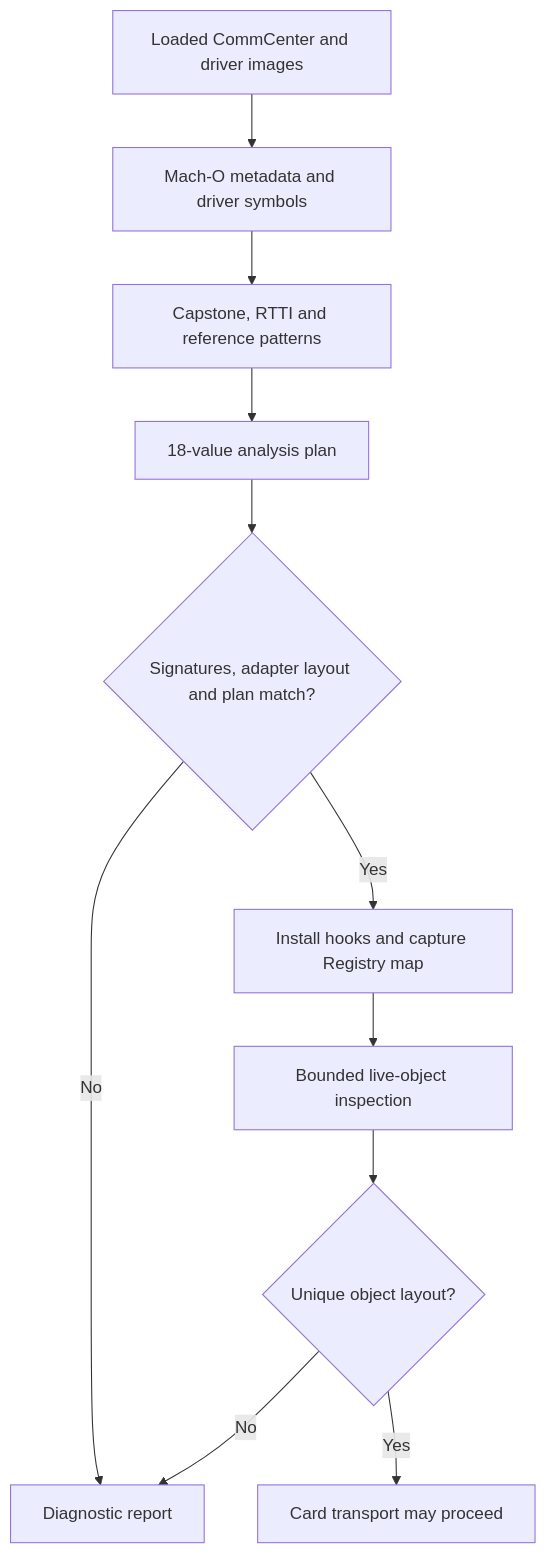
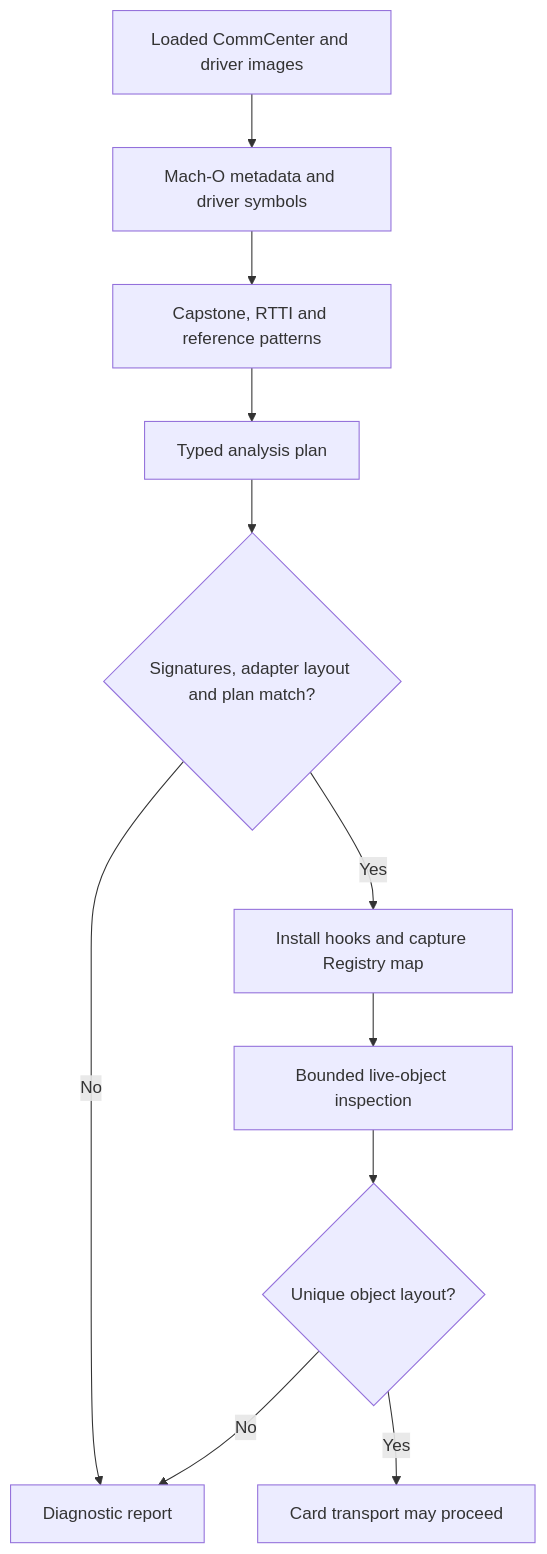
The diagram in docs/PATCHFINDER.md (Officeyutong/SIMHarbor), drawn with Mermaid before and after one commit. The commit also changed other lines of this file and 26 other files, not shown here.

````diff
--- a/docs/PATCHFINDER.md
+++ b/docs/PATCHFINDER.md
@@ -13,13 +13,13 @@
 ```mermaid
 flowchart TD
     A[Loaded CommCenter and driver images] --> B[Mach-O metadata and driver symbols]
     B --> C[Capstone, RTTI and reference patterns]
-    C --> D[18-value analysis plan]
+    C --> D[Typed analysis plan]
     D --> E{Signatures, adapter layout and plan match?}
     E -- No --> F[Diagnostic report]
     E -- Yes --> G[Install hooks and capture Registry map]
     G --> H[Bounded live-object inspection]
     H --> I{Unique object layout?}
     I -- No --> F
     I -- Yes --> J[Card transport may proceed]
 ```
````
